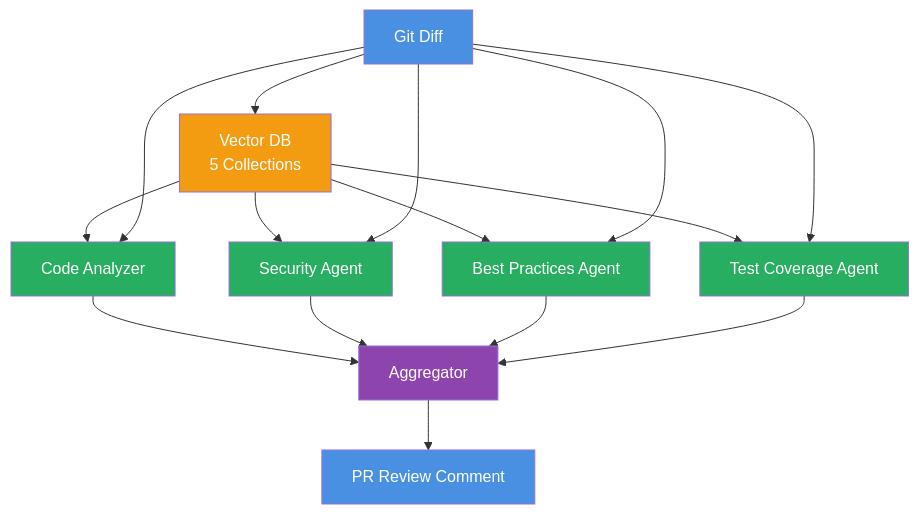
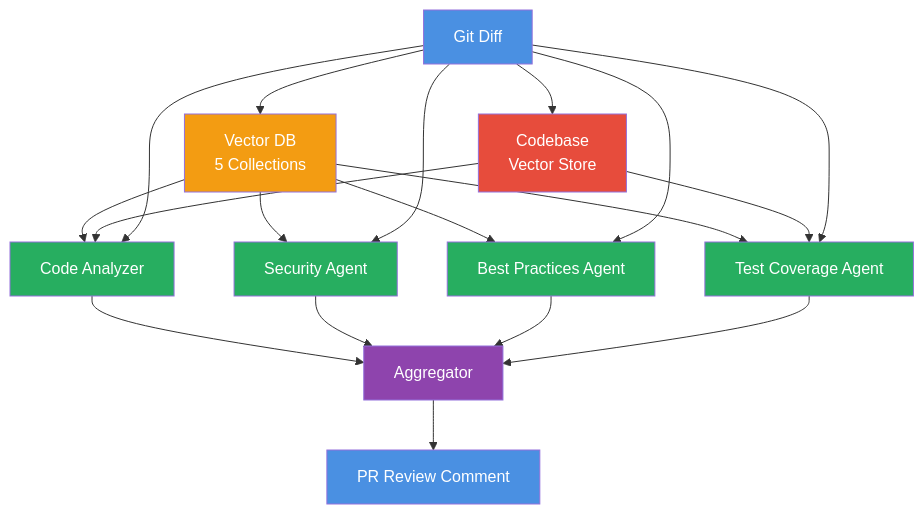
The diagram in README.md (balazsthomay/code-review), drawn with Mermaid before and after one commit. The commit also changed other lines of this file and 12 other files, not shown here.

````diff
--- a/README.md
+++ b/README.md
@@ -7,30 +7,35 @@
 ```mermaid
 flowchart TD
     Input[Git Diff] --> RAG[Vector DB<br/>5 Collections]
+    Input --> Codebase[Codebase<br/>Vector Store]
 
     RAG --> Agent1[Code Analyzer]
     RAG --> Agent2[Security Agent]
     RAG --> Agent3[Best Practices Agent]
     RAG --> Agent4[Test Coverage Agent]
+
+    Codebase --> Agent1
+    Codebase --> Agent4
 
     Input --> Agent1
     Input --> Agent2
     Input --> Agent3
     Input --> Agent4
 
     Agent1 --> Aggregator[Aggregator]
     Agent2 --> Aggregator
     Agent3 --> Aggregator
     Agent4 --> Aggregator
 
     Aggregator --> Output[PR Review Comment]
 
     style Input fill:#4A90E2,color:#fff
     style RAG fill:#F39C12,color:#fff
+    style Codebase fill:#E74C3C,color:#fff
     style Agent1 fill:#27AE60,color:#fff
     style Agent2 fill:#27AE60,color:#fff
     style Agent3 fill:#27AE60,color:#fff
     style Agent4 fill:#27AE60,color:#fff
     style Aggregator fill:#8E44AD,color:#fff
     style Output fill:#4A90E2,color:#fff
 ```
````
